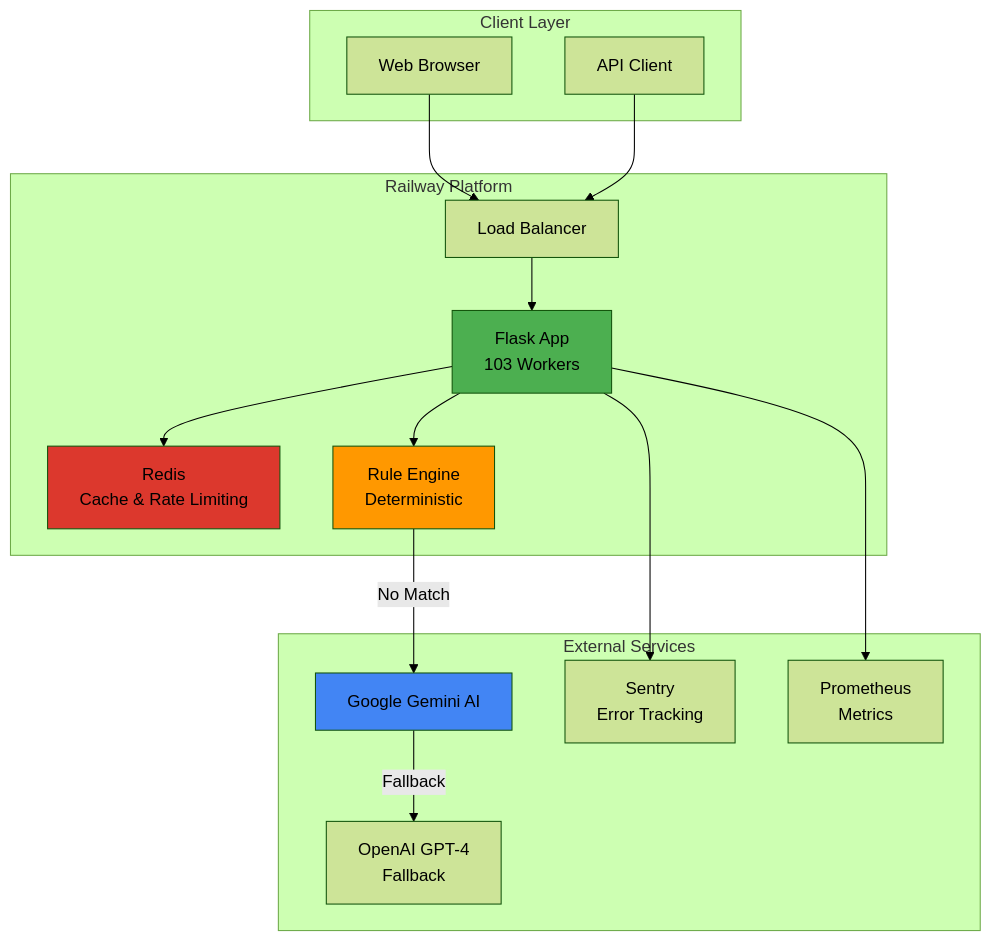
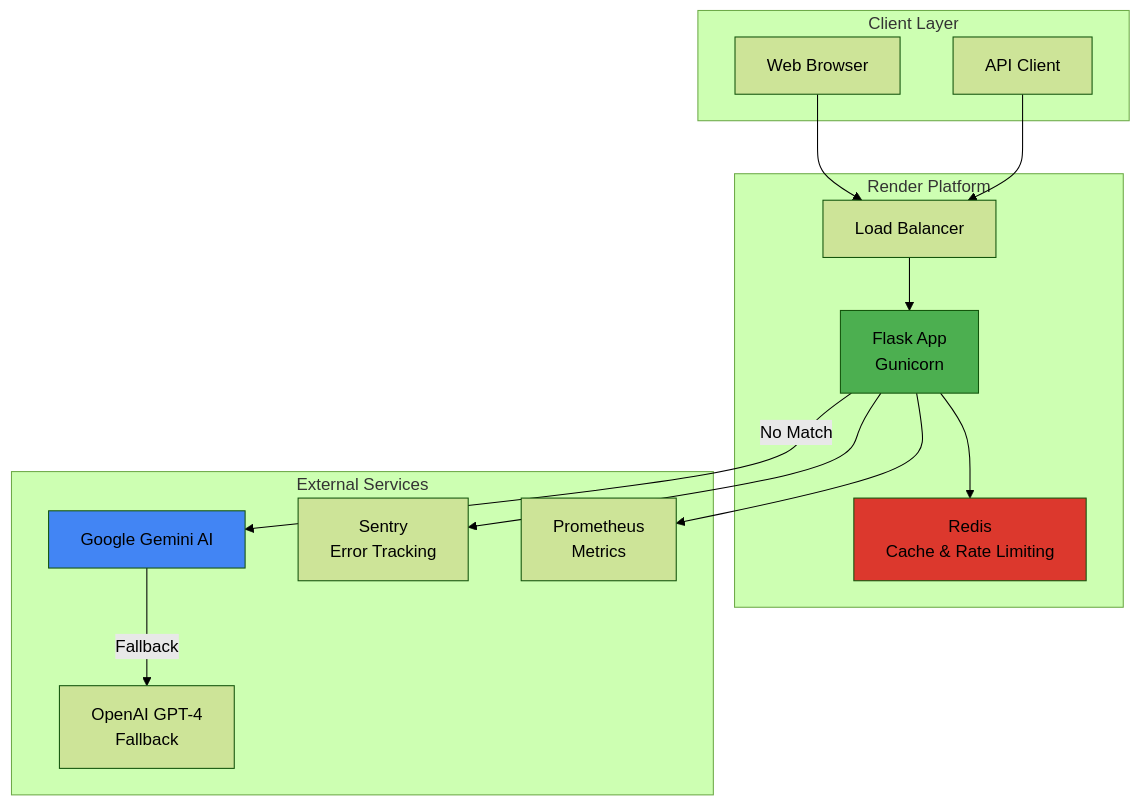
Before and after one commit to ArtemRivnyi/ai-ticket-classifier: the diagram in README.md, drawn with Mermaid (forest theme). The commit also changed other lines of this file, not shown here.

````diff
--- a/README.md
+++ b/README.md
@@ -27,36 +39,33 @@
 ```mermaid
 graph TB
     subgraph "Client Layer"
         A[Web Browser]
         B[API Client]
     end
     
-    subgraph "Railway Platform"
+    subgraph "Render Platform"
         C[Load Balancer]
-        D[Flask App<br/>103 Workers]
+        D[Flask App<br/>Gunicorn]
         E[Redis<br/>Cache & Rate Limiting]
-        RE[Rule Engine<br/>Deterministic]
     end
     
     subgraph "External Services"
         F[Google Gemini AI]
         G[OpenAI GPT-4<br/>Fallback]
         H[Sentry<br/>Error Tracking]
         I[Prometheus<br/>Metrics]
     end
     
     A --> C
     B --> C
     C --> D
     D --> E
-    D --> RE
-    RE -->|No Match| F
+    D -->|No Match| F
     F -->|Fallback| G
     D --> H
     D --> I
     
     style D fill:#4CAF50
     style E fill:#DC382D
-    style RE fill:#FF9800
     style F fill:#4285F4
 ```
````
